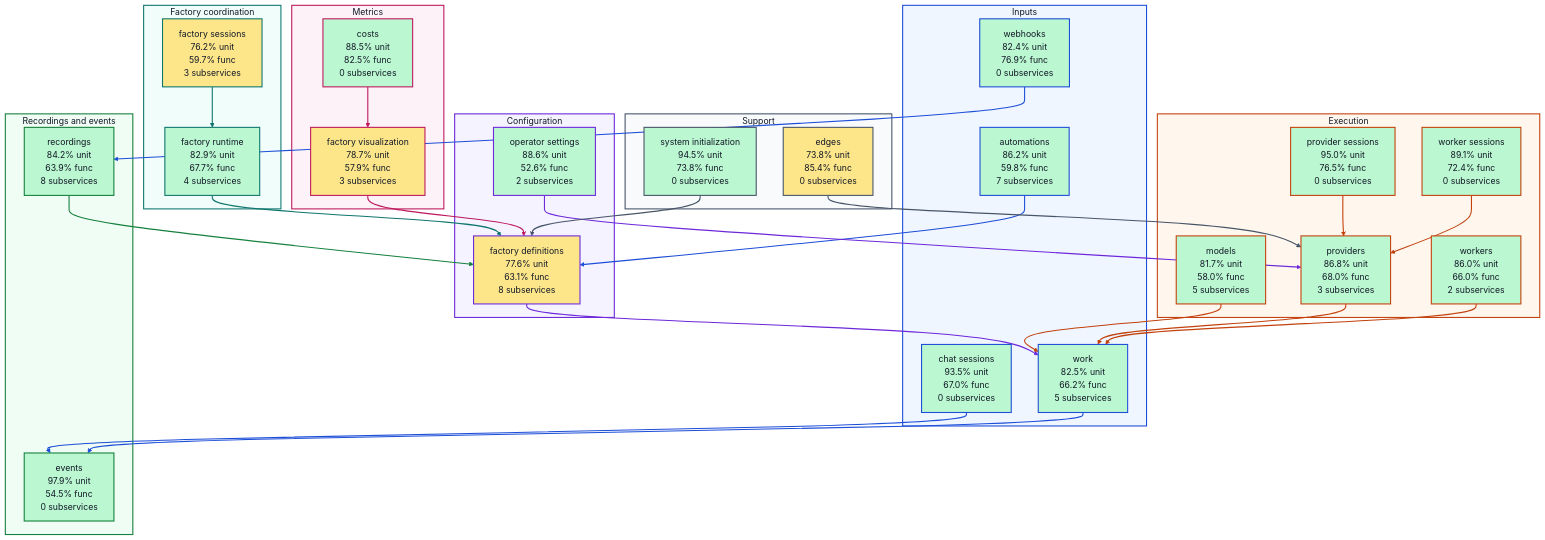
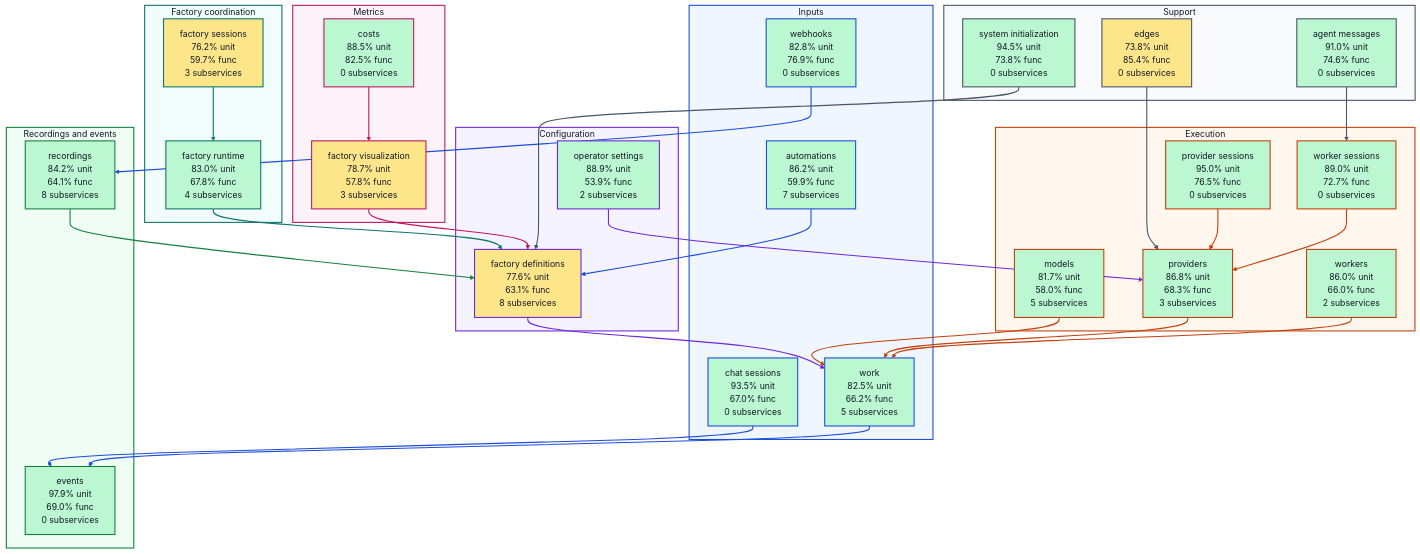
Before and after one commit to portpowered/you-agent-factory: the diagram in docs/architecture/visualizations/high-level-test-coverage.md, drawn with Mermaid. The commit also changed other lines of this file and 21 other files, not shown here.

Commit message:
docs: refresh backend architecture visualizations

````diff
--- a/docs/architecture/visualizations/high-level-test-coverage.md
+++ b/docs/architecture/visualizations/high-level-test-coverage.md
@@ -11,38 +11,40 @@
 ```mermaid
 flowchart TB
   subgraph input["Inputs"]
-    s_services_automations["automations<br/>86.2% unit<br/>59.8% func<br/>7 subservices"]
+    s_services_automations["automations<br/>86.2% unit<br/>59.9% func<br/>7 subservices"]
     s_services_chat_sessions["chat sessions<br/>93.5% unit<br/>67.0% func<br/>0 subservices"]
-    s_services_webhooks["webhooks<br/>82.4% unit<br/>76.9% func<br/>0 subservices"]
+    s_services_webhooks["webhooks<br/>82.8% unit<br/>76.9% func<br/>0 subservices"]
     s_services_work["work<br/>82.5% unit<br/>66.2% func<br/>5 subservices"]
   end
   subgraph configuration["Configuration"]
     s_services_factory_definitions["factory definitions<br/>77.6% unit<br/>63.1% func<br/>8 subservices"]
-    s_services_operator_settings["operator settings<br/>88.6% unit<br/>52.6% func<br/>2 subservices"]
+    s_services_operator_settings["operator settings<br/>88.9% unit<br/>53.9% func<br/>2 subservices"]
   end
   subgraph coordination["Factory coordination"]
-    s_services_factory_runtime["factory runtime<br/>82.9% unit<br/>67.7% func<br/>4 subservices"]
+    s_services_factory_runtime["factory runtime<br/>83.0% unit<br/>67.8% func<br/>4 subservices"]
     s_services_factory_sessions["factory sessions<br/>76.2% unit<br/>59.7% func<br/>3 subservices"]
   end
   subgraph execution["Execution"]
     s_services_models["models<br/>81.7% unit<br/>58.0% func<br/>5 subservices"]
     s_services_provider_sessions["provider sessions<br/>95.0% unit<br/>76.5% func<br/>0 subservices"]
-    s_services_providers["providers<br/>86.8% unit<br/>68.0% func<br/>3 subservices"]
-    s_services_worker_sessions["worker sessions<br/>89.1% unit<br/>72.4% func<br/>0 subservices"]
+    s_services_providers["providers<br/>86.8% unit<br/>68.3% func<br/>3 subservices"]
+    s_services_worker_sessions["worker sessions<br/>89.0% unit<br/>72.7% func<br/>0 subservices"]
     s_services_workers["workers<br/>86.0% unit<br/>66.0% func<br/>2 subservices"]
   end
   subgraph recordings["Recordings and events"]
-    s_services_events["events<br/>97.9% unit<br/>54.5% func<br/>0 subservices"]
-    s_services_recordings["recordings<br/>84.2% unit<br/>63.9% func<br/>8 subservices"]
+    s_services_events["events<br/>97.9% unit<br/>69.0% func<br/>0 subservices"]
+    s_services_recordings["recordings<br/>84.2% unit<br/>64.1% func<br/>8 subservices"]
   end
   subgraph metrics["Metrics"]
     s_services_costs["costs<br/>88.5% unit<br/>82.5% func<br/>0 subservices"]
-    s_services_factory_visualization["factory visualization<br/>78.7% unit<br/>57.9% func<br/>3 subservices"]
+    s_services_factory_visualization["factory visualization<br/>78.7% unit<br/>57.8% func<br/>3 subservices"]
   end
   subgraph support["Support"]
+    s_services_agent_messages["agent messages<br/>91.0% unit<br/>74.6% func<br/>0 subservices"]
     s_services_edges["edges<br/>73.8% unit<br/>85.4% func<br/>0 subservices"]
     s_services_system_initialization["system initialization<br/>94.5% unit<br/>73.8% func<br/>0 subservices"]
   end
+  s_services_agent_messages --> s_services_worker_sessions
   s_services_automations --> s_services_factory_definitions
   s_services_chat_sessions --> s_services_events
   s_services_costs --> s_services_factory_visualization
@@ -61,6 +63,7 @@
   s_services_work --> s_services_events
   s_services_worker_sessions --> s_services_providers
   s_services_workers --> s_services_work
+  style s_services_agent_messages fill:#bbf7d0,stroke:#475569,stroke-width:2px,color:#111827
   style s_services_automations fill:#bbf7d0,stroke:#1d4ed8,stroke-width:2px,color:#111827
   style s_services_chat_sessions fill:#bbf7d0,stroke:#1d4ed8,stroke-width:2px,color:#111827
   style s_services_costs fill:#bbf7d0,stroke:#be185d,stroke-width:2px,color:#111827
@@ -87,22 +90,23 @@
   style recordings fill:#f0fdf4,stroke:#15803d,stroke-width:2px,color:#111827
   style metrics fill:#fdf2f8,stroke:#be185d,stroke-width:2px,color:#111827
   style support fill:#f8fafc,stroke:#475569,stroke-width:2px,color:#111827
-  linkStyle 0 stroke:#1d4ed8,stroke-width:2px
+  linkStyle 0 stroke:#475569,stroke-width:2px
   linkStyle 1 stroke:#1d4ed8,stroke-width:2px
-  linkStyle 2 stroke:#be185d,stroke-width:2px
-  linkStyle 3 stroke:#475569,stroke-width:2px
-  linkStyle 4 stroke:#6d28d9,stroke-width:2px
-  linkStyle 5 stroke:#0f766e,stroke-width:2px
+  linkStyle 2 stroke:#1d4ed8,stroke-width:2px
+  linkStyle 3 stroke:#be185d,stroke-width:2px
+  linkStyle 4 stroke:#475569,stroke-width:2px
+  linkStyle 5 stroke:#6d28d9,stroke-width:2px
   linkStyle 6 stroke:#0f766e,stroke-width:2px
-  linkStyle 7 stroke:#be185d,stroke-width:2px
-  linkStyle 8 stroke:#c2410c,stroke-width:2px
-  linkStyle 9 stroke:#6d28d9,stroke-width:2px
-  linkStyle 10 stroke:#c2410c,stroke-width:2px
+  linkStyle 7 stroke:#0f766e,stroke-width:2px
+  linkStyle 8 stroke:#be185d,stroke-width:2px
+  linkStyle 9 stroke:#c2410c,stroke-width:2px
+  linkStyle 10 stroke:#6d28d9,stroke-width:2px
   linkStyle 11 stroke:#c2410c,stroke-width:2px
-  linkStyle 12 stroke:#15803d,stroke-width:2px
-  linkStyle 13 stroke:#475569,stroke-width:2px
-  linkStyle 14 stroke:#1d4ed8,stroke-width:2px
+  linkStyle 12 stroke:#c2410c,stroke-width:2px
+  linkStyle 13 stroke:#15803d,stroke-width:2px
+  linkStyle 14 stroke:#475569,stroke-width:2px
   linkStyle 15 stroke:#1d4ed8,stroke-width:2px
-  linkStyle 16 stroke:#c2410c,stroke-width:2px
+  linkStyle 16 stroke:#1d4ed8,stroke-width:2px
   linkStyle 17 stroke:#c2410c,stroke-width:2px
+  linkStyle 18 stroke:#c2410c,stroke-width:2px
 ```
````
